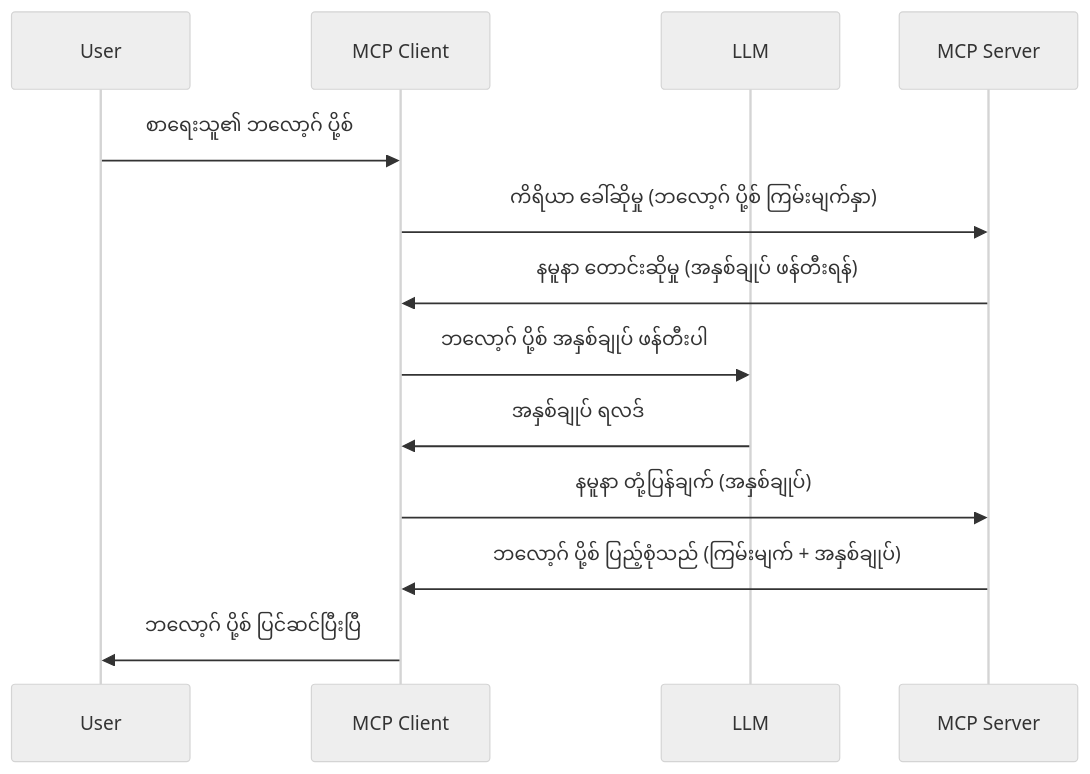
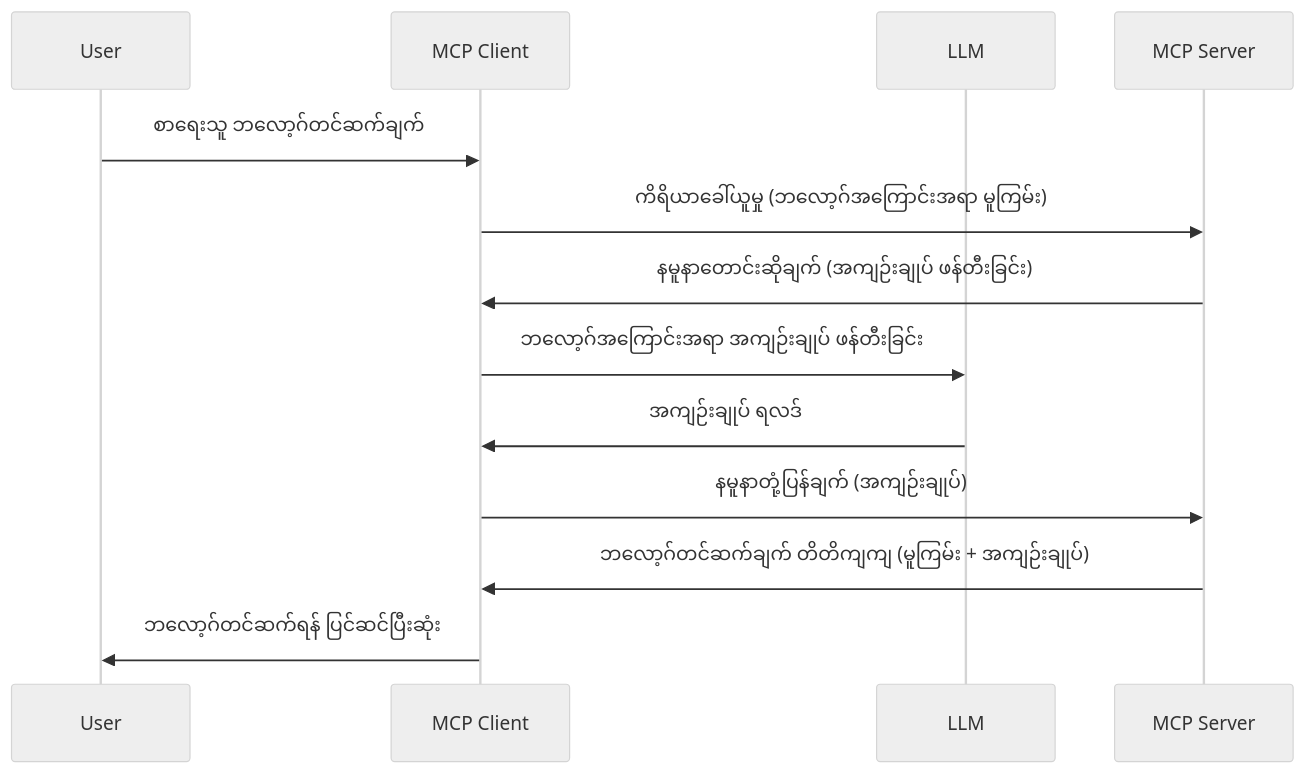
The diagram in mcp_ecosystem__model_context_protocol/mcp_learning_resources/mcp-for-beginners/translations/my/03-GettingStarted/14-sampling/README.md (HIDORAKAI002/ai-workspace-archive), drawn with Mermaid (neutral theme) before and after one commit. The commit also changed other lines of this file and 5721 other files, not shown here.

Commit message:
chore(sync): update MCP Python SDK, MCP TypeScript SDK, Supabase MCP, Kubernetes MCP Server, Git MCP, MCP Agent, Awesome ChatGPT Prompts, Langfuse, +62 more

````diff
--- a/mcp_ecosystem__model_context_protocol/mcp_learning_resources/mcp-for-beginners/translations/my/03-GettingStarted/14-sampling/README.md
+++ b/mcp_ecosystem__model_context_protocol/mcp_learning_resources/mcp-for-beginners/translations/my/03-GettingStarted/14-sampling/README.md
@@ -25,16 +27,16 @@
 ```mermaid
 sequenceDiagram
     participant User
     participant MCP Client
     participant LLM
     participant MCP Server
 
-    User->>MCP Client: စာရေးသူ၏ ဘလော့ဂ် ပို့စ်
-    MCP Client->>MCP Server: ကိရိယာ ခေါ်ဆိုမှု (ဘလော့ဂ် ပို့စ် ကြမ်းမျက်နှာ)
-    MCP Server->>MCP Client: နမူနာ တောင်းဆိုမှု (အနှစ်ချုပ် ဖန်တီးရန်)
-    MCP Client->>LLM: ဘလော့ဂ် ပို့စ် အနှစ်ချုပ် ဖန်တီးပါ
-    LLM->>MCP Client: အနှစ်ချုပ် ရလဒ်
-    MCP Client->>MCP Server: နမူနာ တုံ့ပြန်ချက် (အနှစ်ချုပ်)
-    MCP Server->>MCP Client: ဘလော့ဂ် ပို့စ် ပြည့်စုံသည် (ကြမ်းမျက် + အနှစ်ချုပ်)
-    MCP Client->>User: ဘလော့ဂ် ပို့စ် ပြင်ဆင်ပြီးပြီ
+    User->>MCP Client: စာရေးသူ ဘလော့ဂ်တင်ဆက်ချက်
+    MCP Client->>MCP Server: ကိရိယာခေါ်ယူမှု (ဘလော့ဂ်အကြောင်းအရာ မူကြမ်း)
+    MCP Server->>MCP Client: နမူနာတောင်းဆိုချက် (အကျဉ်းချုပ် ဖန်တီးခြင်း)
+    MCP Client->>LLM: ဘလော့ဂ်အကြောင်းအရာ အကျဉ်းချုပ် ဖန်တီးခြင်း
+    LLM->>MCP Client: အကျဉ်းချုပ် ရလဒ်
+    MCP Client->>MCP Server: နမူနာတုံ့ပြန်ချက် (အကျဉ်းချုပ်)
+    MCP Server->>MCP Client: ဘလော့ဂ်တင်ဆက်ချက် တိတိကျကျ (မူကြမ်း + အကျဉ်းချုပ်)
+    MCP Client->>User: ဘလော့ဂ်တင်ဆက်ရန် ပြင်ဆင်ပြီးဆုံး
 ```
````
